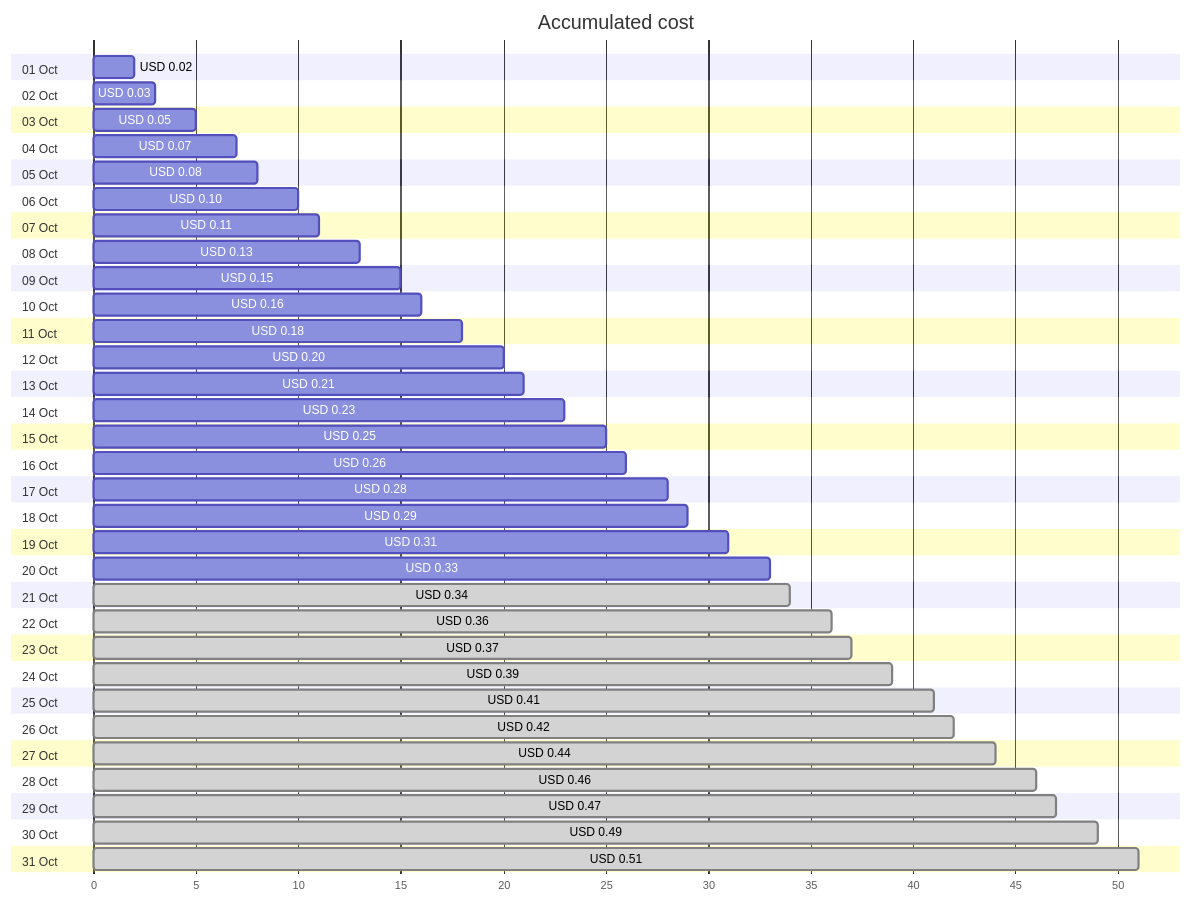
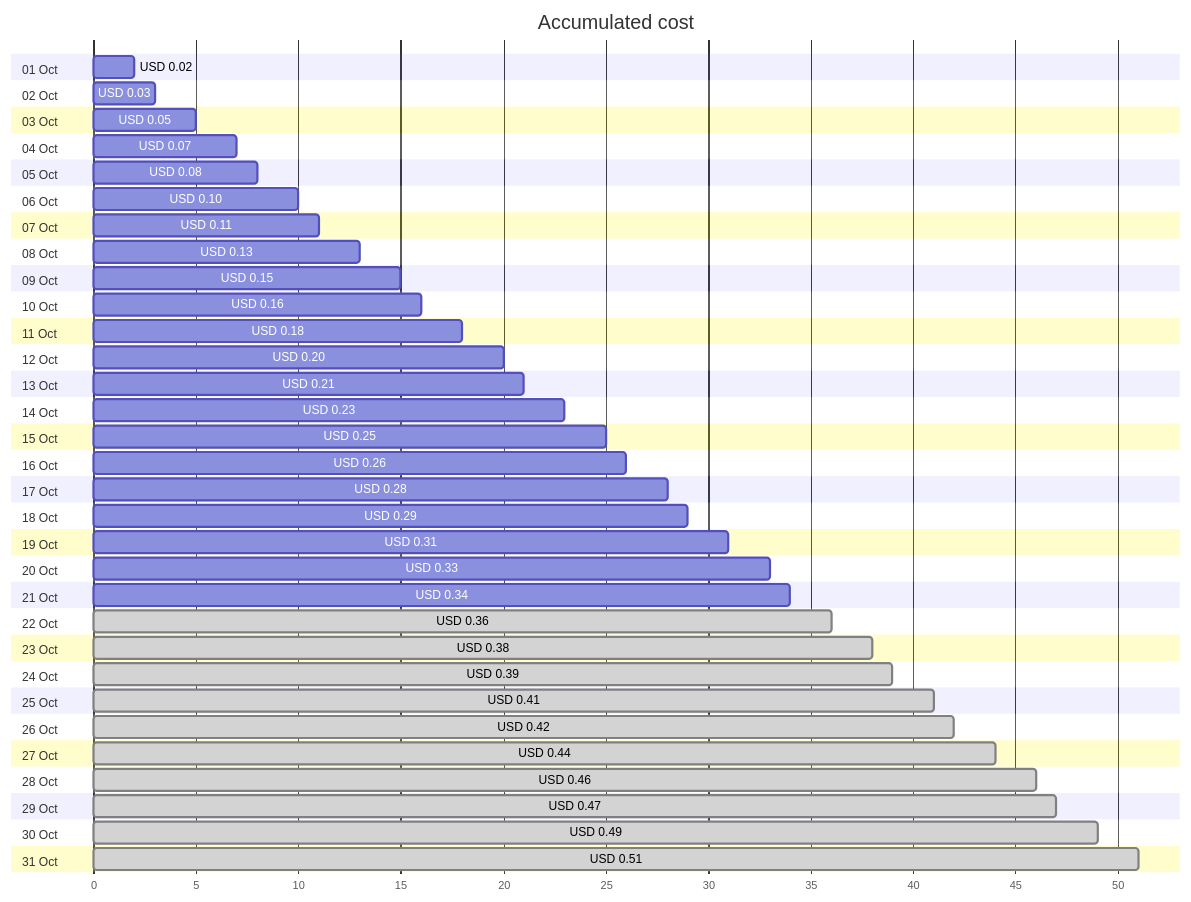
The first of 4 diagrams in cost-reports/personal-dns/jpatrickfulton.dev.md (jpfulton/azure-personal-reports), drawn with Mermaid before and after one commit. The commit also changed other lines of this file and 2 other files, not shown here.

````diff
--- a/cost-reports/personal-dns/jpatrickfulton.dev.md
+++ b/cost-reports/personal-dns/jpatrickfulton.dev.md
@@ -20,68 +20,68 @@
 ```mermaid
 gantt
    title Accumulated cost
    dateFormat  X
    axisFormat %s
    section 01 Oct
    USD 0.02 :0, 2
    section 02 Oct
    USD 0.03 :0, 3
    section 03 Oct
    USD 0.05 :0, 5
    section 04 Oct
    USD 0.07 :0, 7
    section 05 Oct
    USD 0.08 :0, 8
    section 06 Oct
    USD 0.10 :0, 10
    section 07 Oct
    USD 0.11 :0, 11
    section 08 Oct
    USD 0.13 :0, 13
    section 09 Oct
    USD 0.15 :0, 15
    section 10 Oct
    USD 0.16 :0, 16
    section 11 Oct
    USD 0.18 :0, 18
    section 12 Oct
    USD 0.20 :0, 20
    section 13 Oct
    USD 0.21 :0, 21
    section 14 Oct
    USD 0.23 :0, 23
    section 15 Oct
    USD 0.25 :0, 25
    section 16 Oct
    USD 0.26 :0, 26
    section 17 Oct
    USD 0.28 :0, 28
    section 18 Oct
    USD 0.29 :0, 29
    section 19 Oct
    USD 0.31 :0, 31
    section 20 Oct
    USD 0.33 :0, 33
    section 21 Oct
-   USD 0.34 : done, 0, 34
+   USD 0.34 :0, 34
    section 22 Oct
    USD 0.36 : done, 0, 36
    section 23 Oct
-   USD 0.37 : done, 0, 37
+   USD 0.38 : done, 0, 38
    section 24 Oct
    USD 0.39 : done, 0, 39
    section 25 Oct
    USD 0.41 : done, 0, 41
    section 26 Oct
    USD 0.42 : done, 0, 42
    section 27 Oct
    USD 0.44 : done, 0, 44
    section 28 Oct
    USD 0.46 : done, 0, 46
    section 29 Oct
    USD 0.47 : done, 0, 47
    section 30 Oct
    USD 0.49 : done, 0, 49
    section 31 Oct
    USD 0.51 : done, 0, 51
 ```
````
